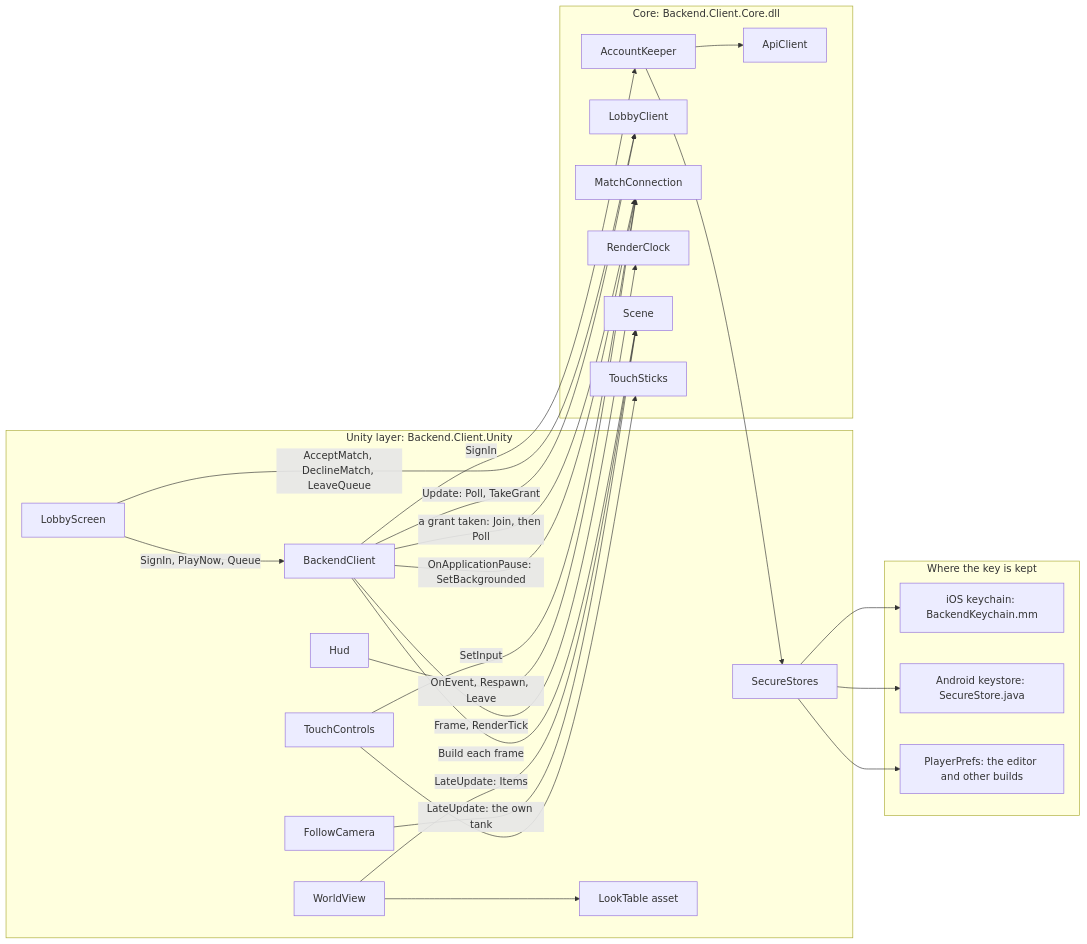
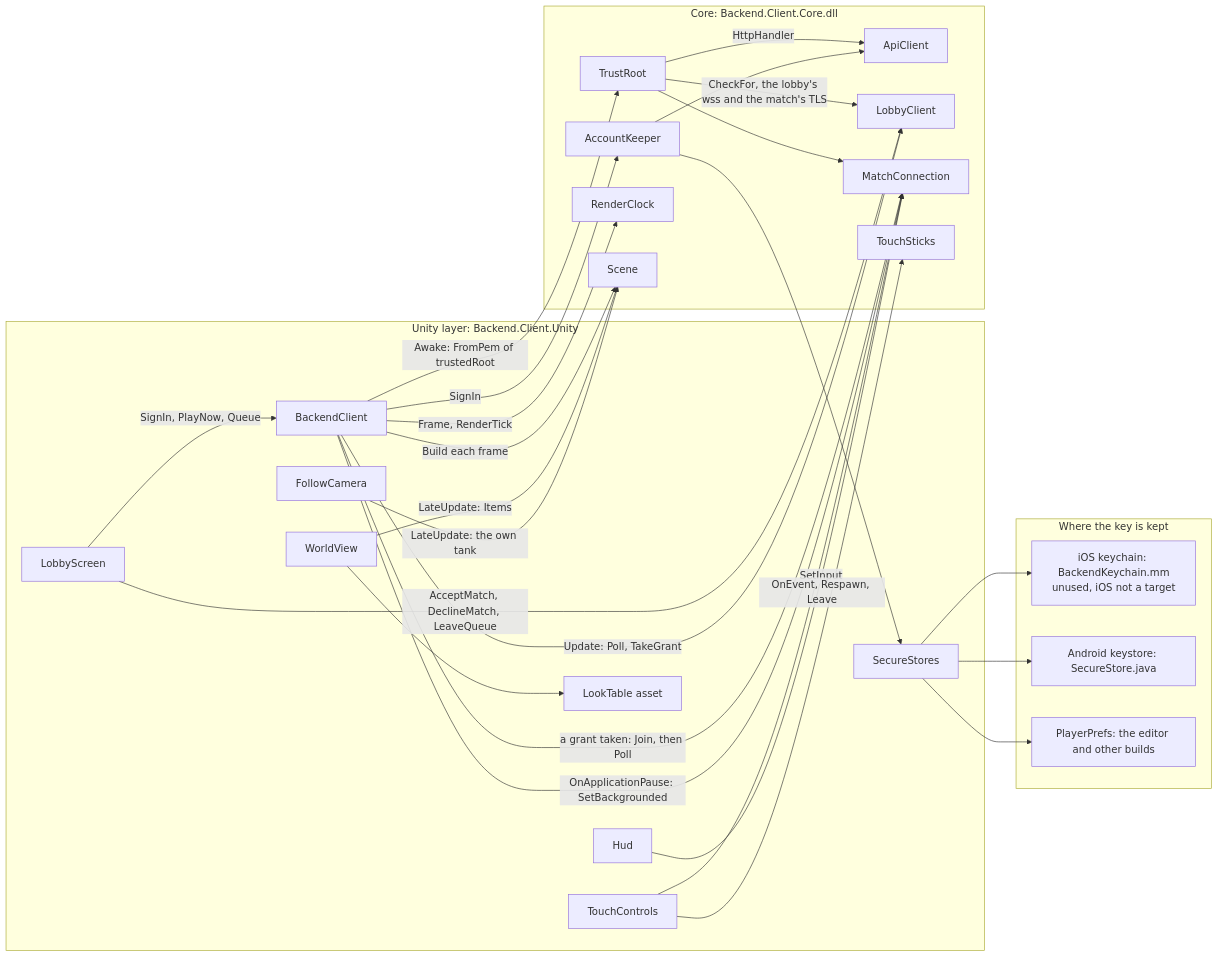
Diagram 12 of 13 in docs/diagrams/06-client.md (greensoft-atom/depio-simulation-platform), drawn with Mermaid before and after one commit. The commit also changed other lines of this file and 121 other files, not shown here.

````diff
--- a/docs/diagrams/06-client.md
+++ b/docs/diagrams/06-client.md
@@ -542,46 +580,51 @@
 ```mermaid
 flowchart LR
     subgraph U["Unity layer: Backend.Client.Unity"]
         LS["LobbyScreen"]
         HUD["Hud"]
         TC["TouchControls"]
         BC["BackendClient"]
         WV["WorldView"]
         FC["FollowCamera"]
         LT["LookTable asset"]
         SS["SecureStores"]
     end
     subgraph C["Core: Backend.Client.Core.dll"]
         AK["AccountKeeper"]
         API["ApiClient"]
         LC["LobbyClient"]
         MC["MatchConnection"]
+        TR["TrustRoot"]
         RC["RenderClock"]
         SC["Scene"]
         TS["TouchSticks"]
     end
     subgraph K["Where the key is kept"]
-        KC["iOS keychain: BackendKeychain.mm"]
+        KC["iOS keychain: BackendKeychain.mm<br/>unused, iOS not a target"]
         KS["Android keystore: SecureStore.java"]
         PP["PlayerPrefs: the editor and other builds"]
     end
     LS -->|"SignIn, PlayNow, Queue"| BC
     LS -->|"AcceptMatch, DeclineMatch, LeaveQueue"| LC
+    BC -->|"Awake: FromPem of trustedRoot"| TR
+    TR -->|"HttpHandler"| API
+    TR -->|"CheckFor, the lobby's wss and the match's TLS"| LC
+    TR --> MC
     BC -->|"SignIn"| AK
     AK --> API
     AK --> SS
     SS --> KC
     SS --> KS
     SS --> PP
     BC -->|"Update: Poll, TakeGrant"| LC
     BC -->|"a grant taken: Join, then Poll"| MC
     BC -->|"OnApplicationPause: SetBackgrounded"| MC
     BC -->|"Frame, RenderTick"| RC
     BC -->|"Build each frame"| SC
     TC --> TS
     TC -->|"SetInput"| MC
     HUD -->|"OnEvent, Respawn, Leave"| MC
     WV -->|"LateUpdate: Items"| SC
     WV --> LT
     FC -->|"LateUpdate: the own tank"| SC
 ```
````
